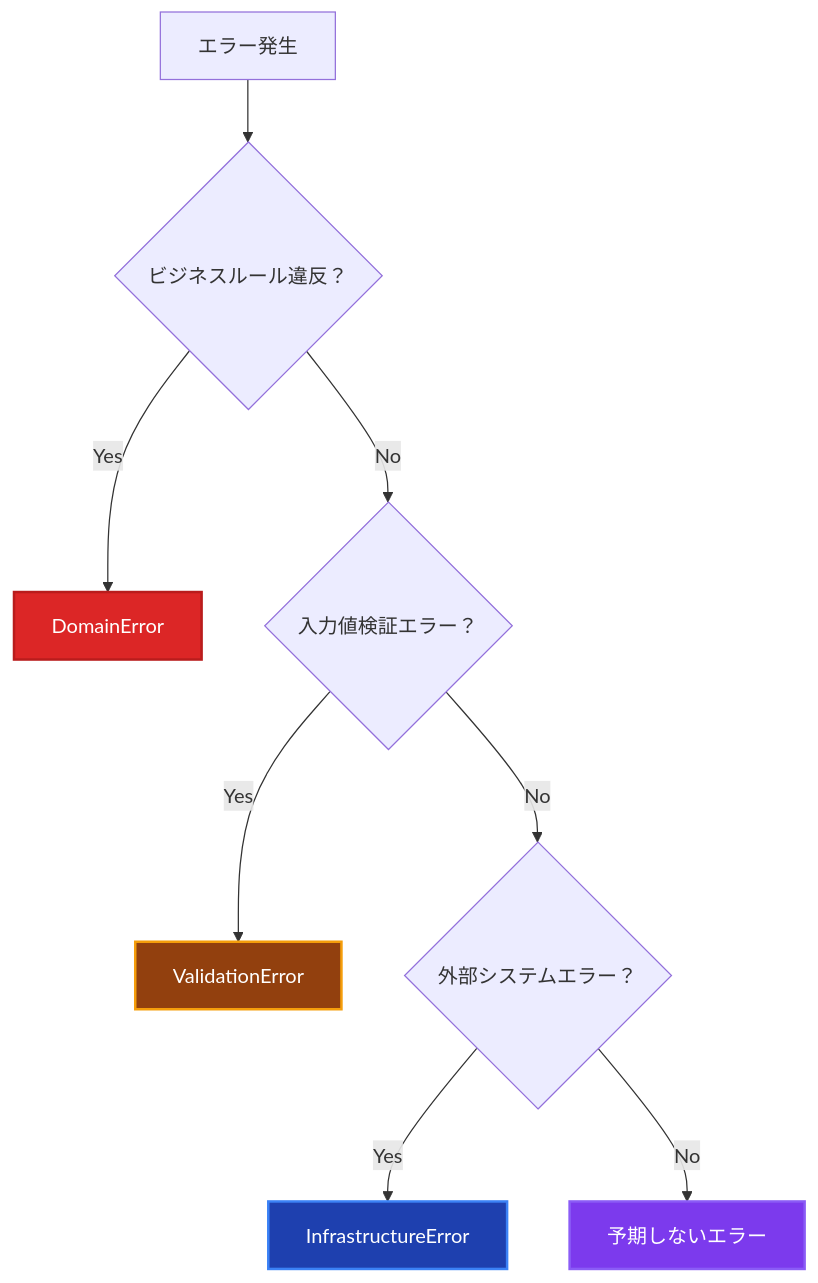
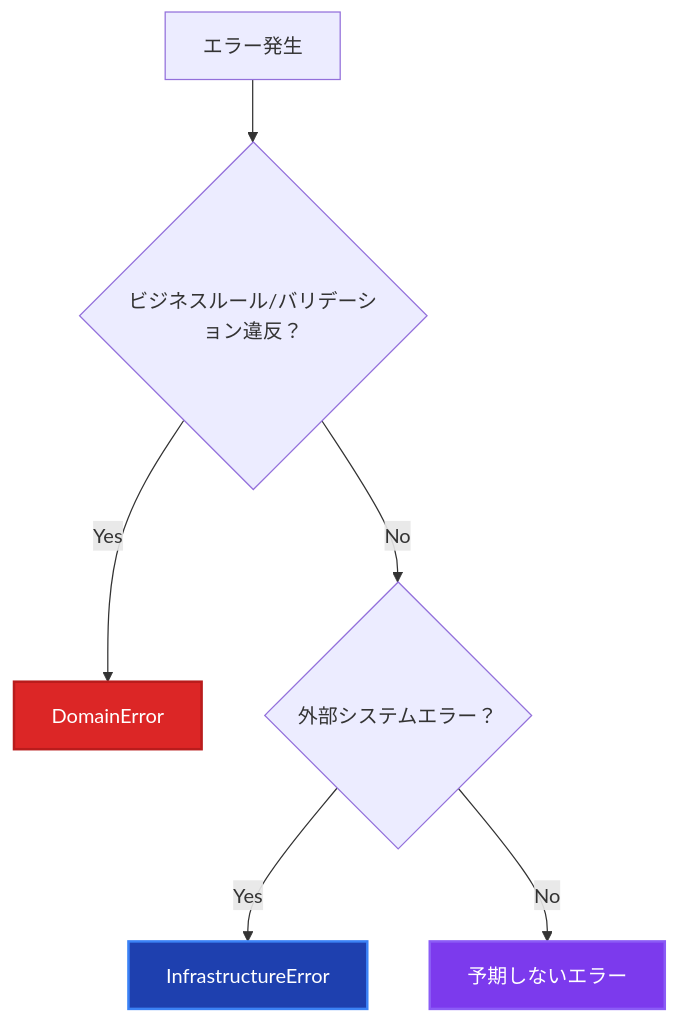
One commit to derushio/d-next-ddd-example changed the second of 2 diagrams in _DOCS/guides/ddd/cross-cutting/error-handling.md. Above: the diagram before and after it, drawn with Mermaid. The commit also changed other lines of this file and 102 other files, not shown here.

````diff
--- a/_DOCS/guides/ddd/cross-cutting/error-handling.md
+++ b/_DOCS/guides/ddd/cross-cutting/error-handling.md
@@ -834,15 +840,12 @@
 ```mermaid
 graph TD
-    A[エラー発生] --> B{ビジネスルール違反？}
+    A[エラー発生] --> B{ビジネスルール/バリデーション違反？}
     B -->|Yes| C[DomainError]
-    B -->|No| D{入力値検証エラー？}
-    D -->|Yes| E[ValidationError]
-    D -->|No| F{外部システムエラー？}
-    F -->|Yes| G[InfrastructureError]
-    F -->|No| H[予期しないエラー]
+    B -->|No| D{外部システムエラー？}
+    D -->|Yes| E[InfrastructureError]
+    D -->|No| F[予期しないエラー]
 
     style C fill:#dc2626,stroke:#b91c1c,stroke-width:2px,color:#ffffff
-    style E fill:#92400e,stroke:#f59e0b,stroke-width:2px,color:#ffffff
-    style G fill:#1e40af,stroke:#3b82f6,stroke-width:2px,color:#ffffff
-    style H fill:#7c3aed,stroke:#8b5cf6,stroke-width:2px,color:#ffffff
+    style E fill:#1e40af,stroke:#3b82f6,stroke-width:2px,color:#ffffff
+    style F fill:#7c3aed,stroke:#8b5cf6,stroke-width:2px,color:#ffffff
 ```
````
